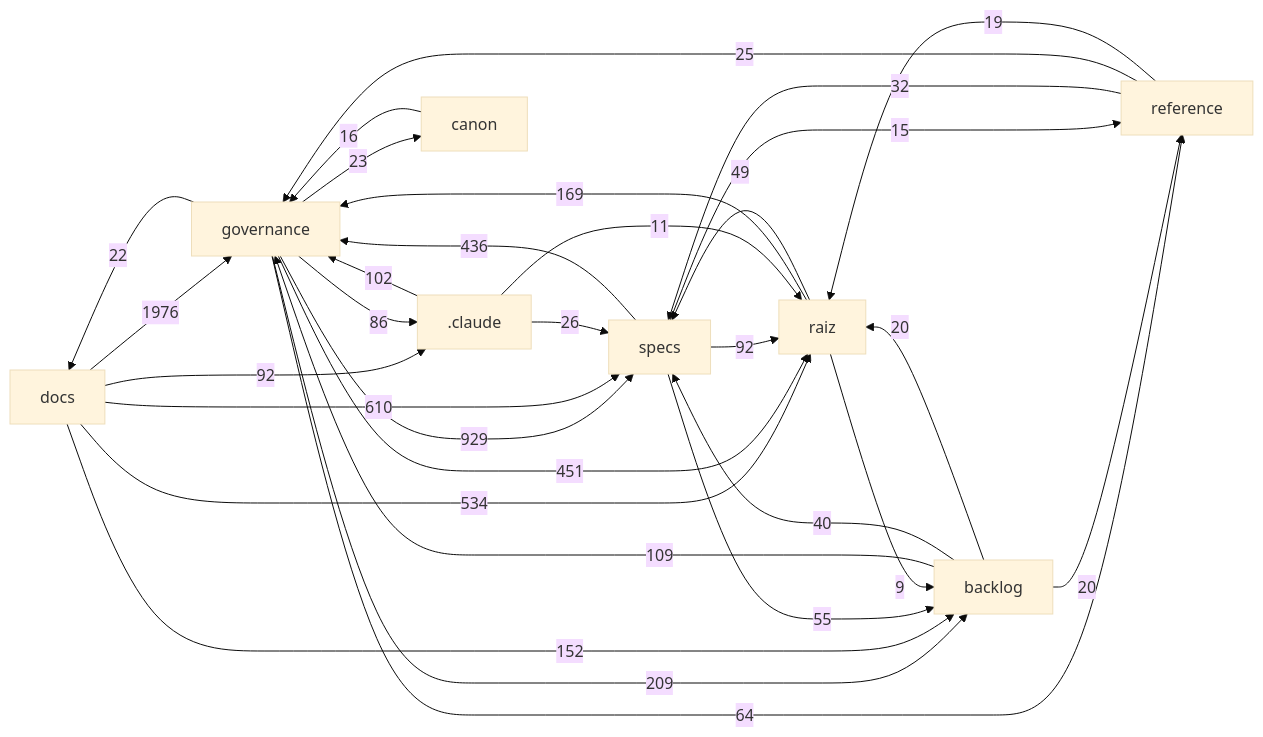
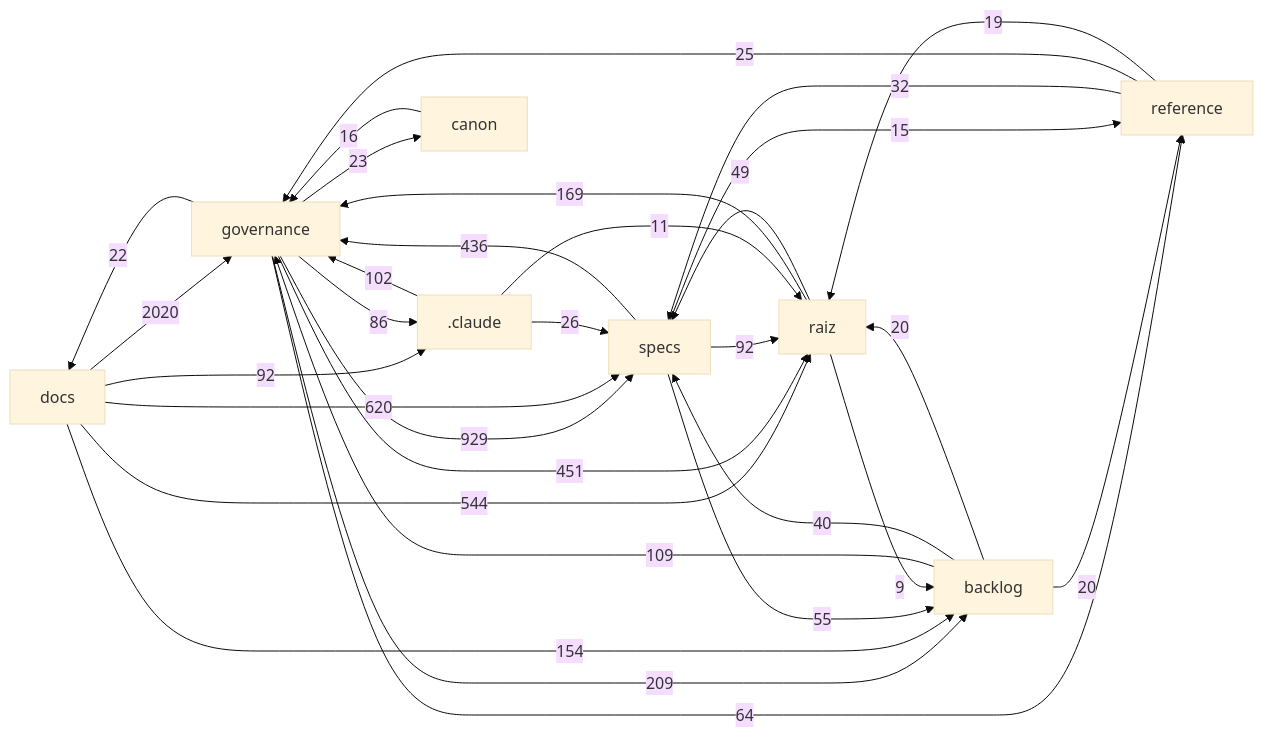
Before and after one commit to Andraus35/Sistema-Operacional-de-Trading--SOT: the diagram in docs/mapa/MAPA-PROJETO.md, drawn with Mermaid (base theme). The commit also changed other lines of this file and 7 other files, not shown here.

````diff
--- a/docs/mapa/MAPA-PROJETO.md
+++ b/docs/mapa/MAPA-PROJETO.md
@@ -29,33 +29,33 @@
 ```mermaid
 flowchart LR
-  docs["docs"] -->|1976| governance["governance"]
+  docs["docs"] -->|2020| governance["governance"]
   governance["governance"] -->|929| specs["specs"]
-  docs["docs"] -->|610| specs["specs"]
-  docs["docs"] -->|534| raiz["raiz"]
+  docs["docs"] -->|620| specs["specs"]
+  docs["docs"] -->|544| raiz["raiz"]
   governance["governance"] -->|451| raiz["raiz"]
   specs["specs"] -->|436| governance["governance"]
   governance["governance"] -->|209| backlog["backlog"]
   raiz["raiz"] -->|169| governance["governance"]
-  docs["docs"] -->|152| backlog["backlog"]
+  docs["docs"] -->|154| backlog["backlog"]
   backlog["backlog"] -->|109| governance["governance"]
   _claude[".claude"] -->|102| governance["governance"]
   docs["docs"] -->|92| _claude[".claude"]
   specs["specs"] -->|92| raiz["raiz"]
   governance["governance"] -->|86| _claude[".claude"]
   governance["governance"] -->|64| reference["reference"]
   specs["specs"] -->|55| backlog["backlog"]
   raiz["raiz"] -->|49| specs["specs"]
   backlog["backlog"] -->|40| specs["specs"]
   reference["reference"] -->|32| specs["specs"]
   _claude[".claude"] -->|26| specs["specs"]
   reference["reference"] -->|25| governance["governance"]
   governance["governance"] -->|23| canon["canon"]
   governance["governance"] -->|22| docs["docs"]
   backlog["backlog"] -->|20| raiz["raiz"]
   backlog["backlog"] -->|20| reference["reference"]
   reference["reference"] -->|19| raiz["raiz"]
   canon["canon"] -->|16| governance["governance"]
   specs["specs"] -->|15| reference["reference"]
   _claude[".claude"] -->|11| raiz["raiz"]
   raiz["raiz"] -->|9| backlog["backlog"]
 ```
````
